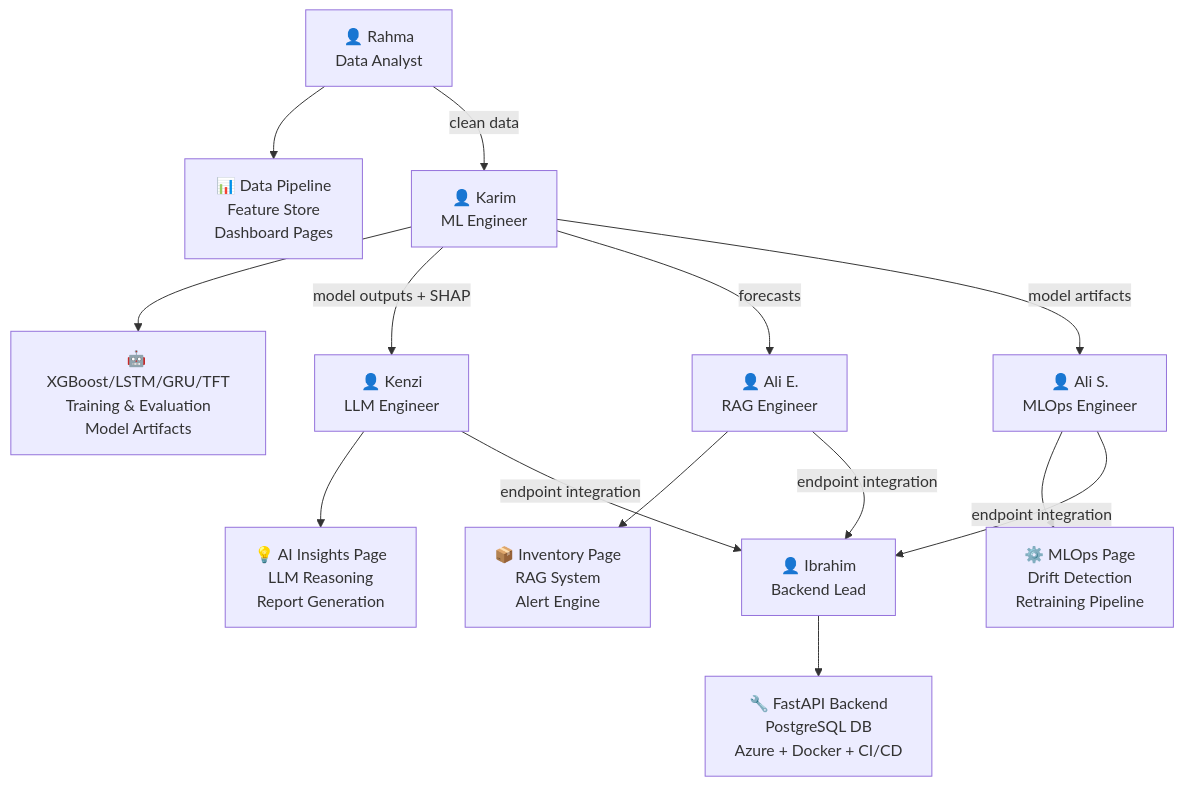
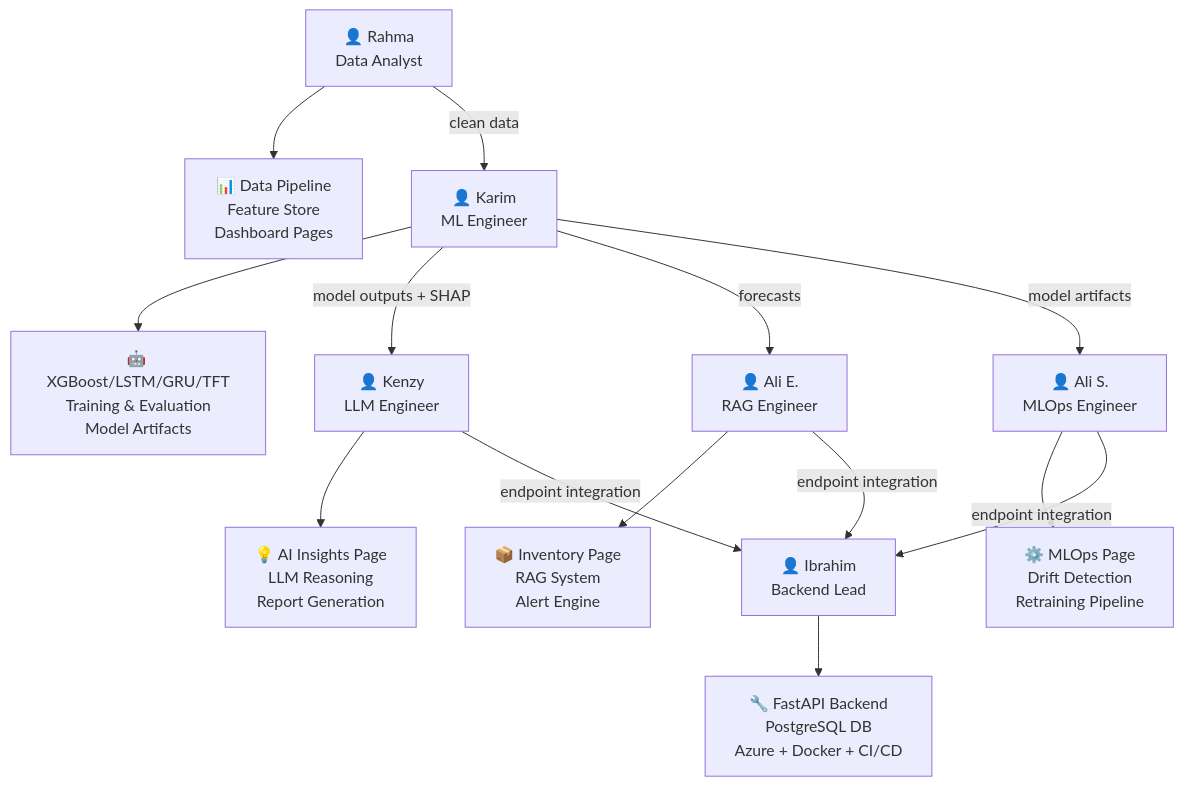
The fourth of 5 diagrams in README.md (IbrahimAbdelsattar/SupplyMindAI), drawn with Mermaid before and after one commit. The commit also changed other lines of this file, not shown here.

````diff
--- a/README.md
+++ b/README.md
@@ -375,15 +375,15 @@
 ```mermaid
 graph TD
     M1["👤 Rahma\nData Analyst"] --> Data["📊 Data Pipeline\nFeature Store\nDashboard Pages"]
     M2["👤 Karim\nML Engineer"] --> Models["🤖 XGBoost/LSTM/GRU/TFT\nTraining & Evaluation\nModel Artifacts"]
-    M3["👤 Kenzi\nLLM Engineer"] --> LLM["💡 AI Insights Page\nLLM Reasoning\nReport Generation"]
+    M3["👤 Kenzy\nLLM Engineer"] --> LLM["💡 AI Insights Page\nLLM Reasoning\nReport Generation"]
     M4["👤 Ali E.\nRAG Engineer"] --> RAG["📦 Inventory Page\nRAG System\nAlert Engine"]
     M5["👤 Ali S.\nMLOps Engineer"] --> MLOps["⚙️ MLOps Page\nDrift Detection\nRetraining Pipeline"]
     M6["👤 Ibrahim\nBackend Lead"] --> Infra["🔧 FastAPI Backend\nPostgreSQL DB\nAzure + Docker + CI/CD"]
 
     M1 -->|"clean data"| M2
     M2 -->|"model outputs + SHAP"| M3
     M2 -->|"forecasts"| M4
     M2 -->|"model artifacts"| M5
     M3 & M4 & M5 -->|"endpoint integration"| M6
 ```
````
